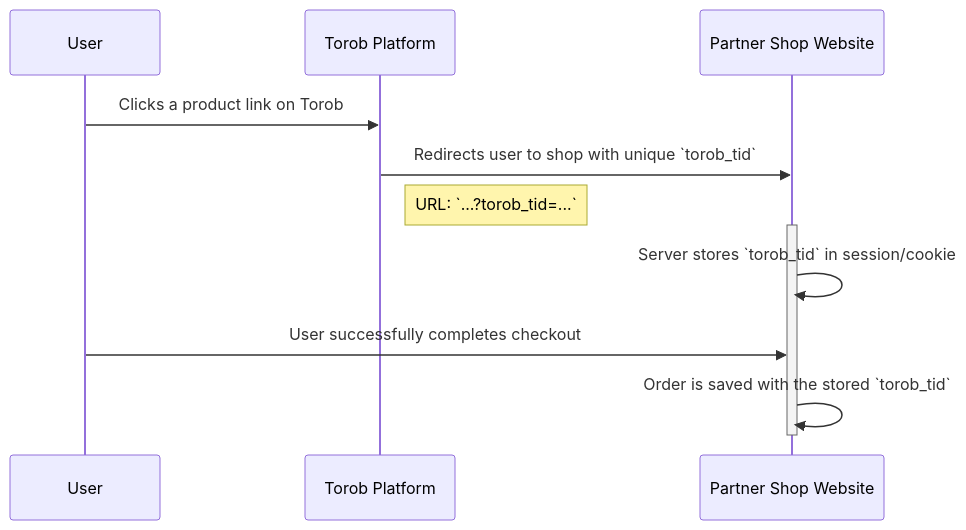
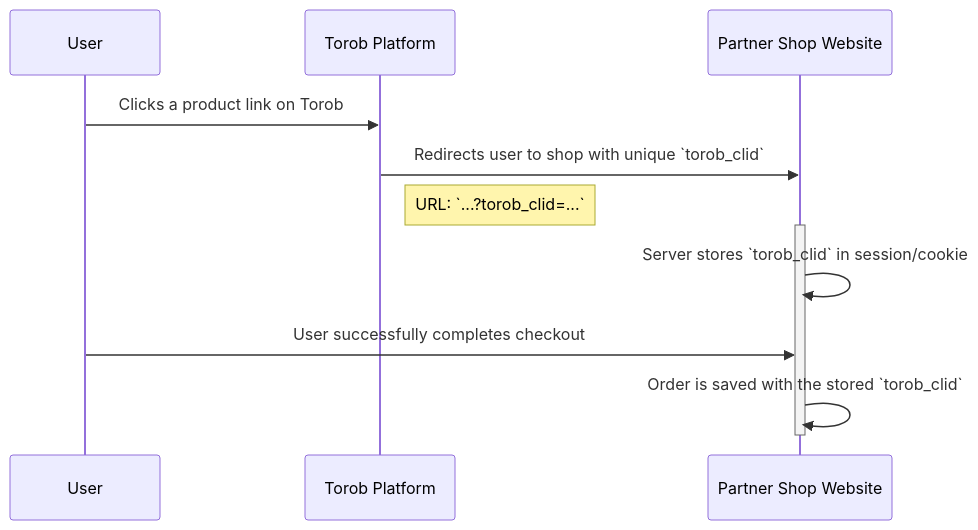
Before and after one commit to Torob/Torob-Sync: the first of 2 diagrams in order_tracking_api.md, drawn with Mermaid. The commit also changed other lines of this file, not shown here.

````diff
--- a/order_tracking_api.md
+++ b/order_tracking_api.md
@@ -9,18 +9,18 @@
 ```mermaid
 sequenceDiagram
     participant User
     participant Torob Platform
     participant Partner Shop Website
 
     %% --- Step 1 & 2: User Click and Redirection ---
     User->>Torob Platform: Clicks a product link on Torob
-    Torob Platform->>Partner Shop Website: Redirects user to shop with unique `torob_tid`
-    Note right of Torob Platform: URL: `...?torob_tid=...`
+    Torob Platform->>Partner Shop Website: Redirects user to shop with unique `torob_clid`
+    Note right of Torob Platform: URL: `...?torob_clid=...`
 
     %% --- Step 3: Session & Order Attribution ---
     activate Partner Shop Website
-    Partner Shop Website->>Partner Shop Website: Server stores `torob_tid` in session/cookie
+    Partner Shop Website->>Partner Shop Website: Server stores `torob_clid` in session/cookie
     User->>Partner Shop Website: User successfully completes checkout
-    Partner Shop Website->>Partner Shop Website: Order is saved with the stored `torob_tid`
+    Partner Shop Website->>Partner Shop Website: Order is saved with the stored `torob_clid`
     deactivate Partner Shop Website
 ```
````
